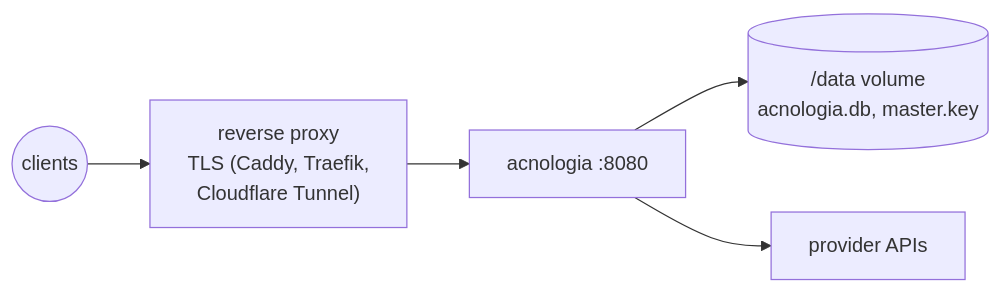
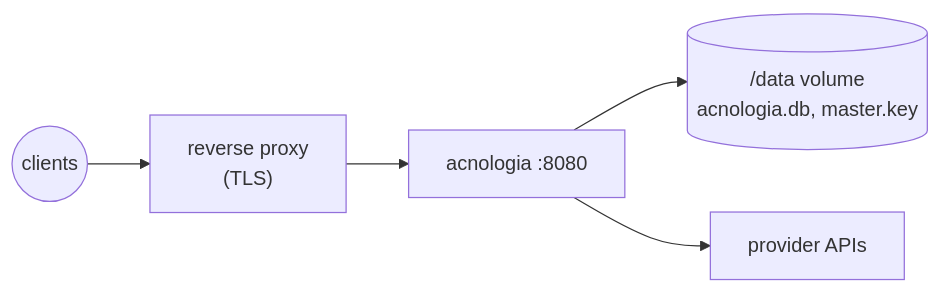
The sixth of 6 diagrams in docs/architecture.md (sidharthpunathil/acnologia), drawn with Mermaid before and after one commit. The commit also changed other lines of this file and 34 other files, not shown here.

````diff
--- a/docs/architecture.md
+++ b/docs/architecture.md
@@ -407,7 +485,7 @@
 ```mermaid
 flowchart LR
-    Internet((clients)) --> TLS["reverse proxy<br/>TLS (Caddy, Traefik,<br/>Cloudflare Tunnel)"]
+    Internet((clients)) --> TLS["reverse proxy<br/>(TLS)"]
     TLS --> C["acnologia :8080"]
     C --> V[("/data volume<br/>acnologia.db, master.key")]
     C --> Up["provider APIs"]
 ```
````
